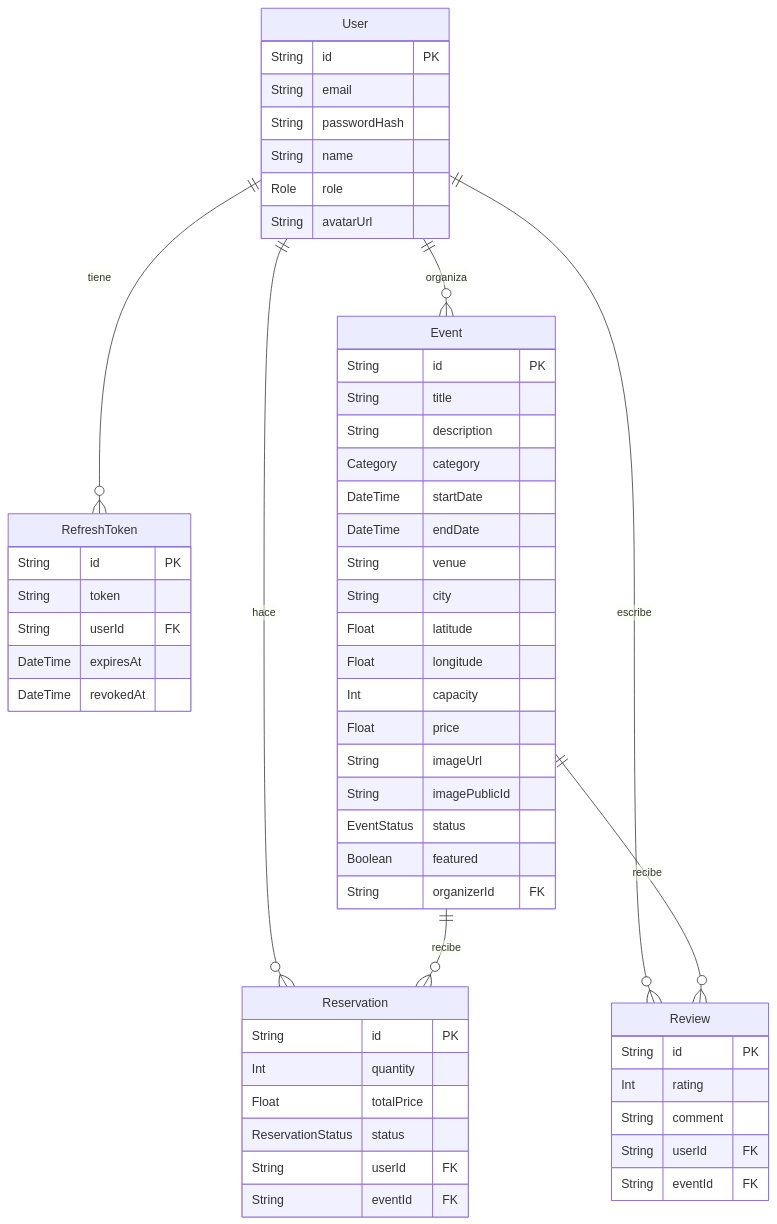
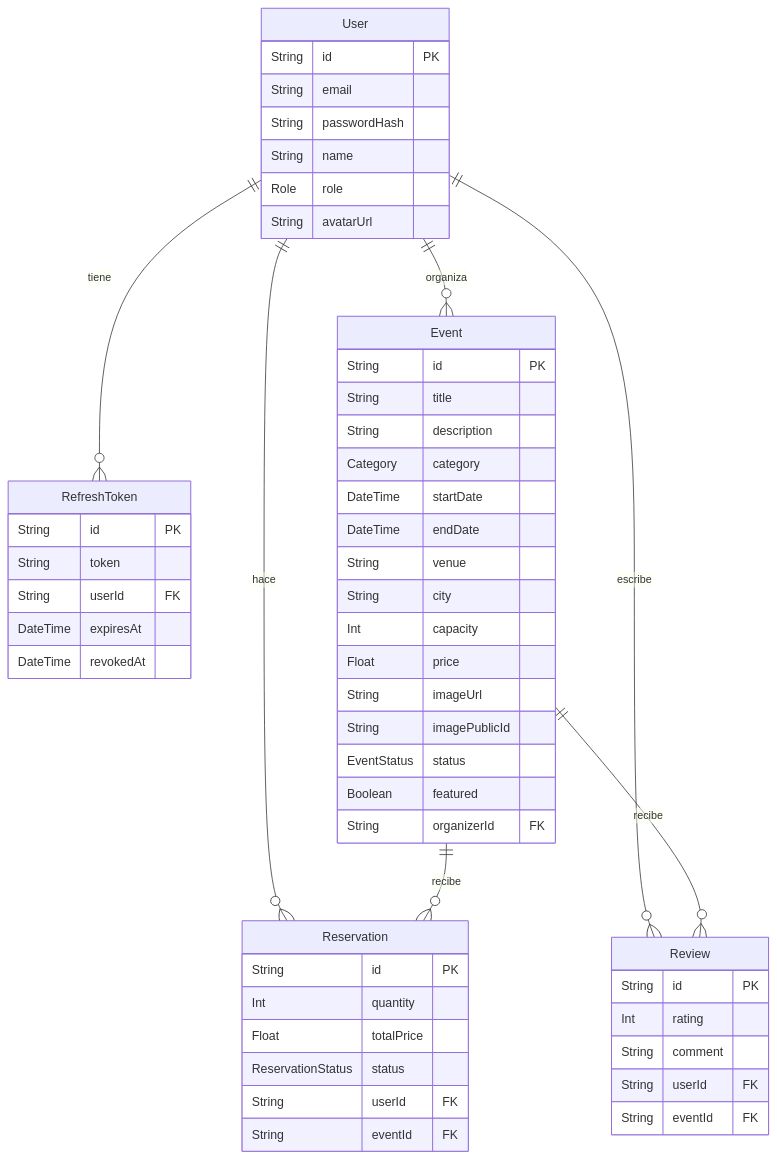
The third of 3 diagrams in docs/architecture.md (BorjaZG/Convoca), drawn with Mermaid before and after one commit. The commit also changed other lines of this file and 9 other files, not shown here.

````diff
--- a/docs/architecture.md
+++ b/docs/architecture.md
@@ -176,59 +168,57 @@
 ```mermaid
 erDiagram
     User {
         String id PK
         String email
         String passwordHash
         String name
         Role role
         String avatarUrl
     }
     RefreshToken {
         String id PK
         String token
         String userId FK
         DateTime expiresAt
         DateTime revokedAt
     }
     Event {
         String id PK
         String title
         String description
         Category category
         DateTime startDate
         DateTime endDate
         String venue
         String city
-        Float latitude
-        Float longitude
         Int capacity
         Float price
         String imageUrl
         String imagePublicId
         EventStatus status
         Boolean featured
         String organizerId FK
     }
     Reservation {
         String id PK
         Int quantity
         Float totalPrice
         ReservationStatus status
         String userId FK
         String eventId FK
     }
     Review {
         String id PK
         Int rating
         String comment
         String userId FK
         String eventId FK
     }
 
     User ||--o{ RefreshToken : "tiene"
     User ||--o{ Event : "organiza"
     User ||--o{ Reservation : "hace"
     User ||--o{ Review : "escribe"
     Event ||--o{ Reservation : "recibe"
     Event ||--o{ Review : "recibe"
 ```
````
